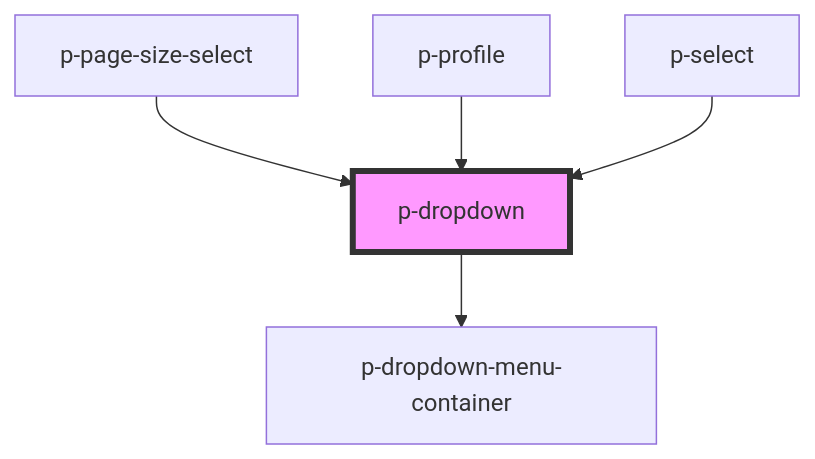
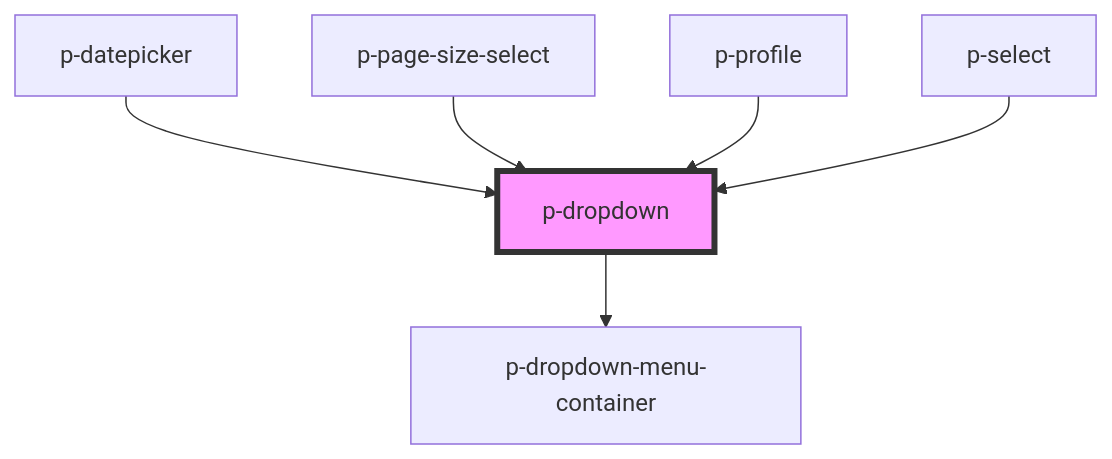
The diagram in packages/core/src/components/molecules/dropdown/readme.md (Employes/paperless), drawn with Mermaid before and after one commit. The commit also changed other lines of this file and 10 other files, not shown here.

````diff
--- a/packages/core/src/components/molecules/dropdown/readme.md
+++ b/packages/core/src/components/molecules/dropdown/readme.md
@@ -53,8 +54,9 @@
 ```mermaid
 graph TD;
   p-dropdown --> p-dropdown-menu-container
+  p-datepicker --> p-dropdown
   p-page-size-select --> p-dropdown
   p-profile --> p-dropdown
   p-select --> p-dropdown
   style p-dropdown fill:#f9f,stroke:#333,stroke-width:4px
 ```
````
